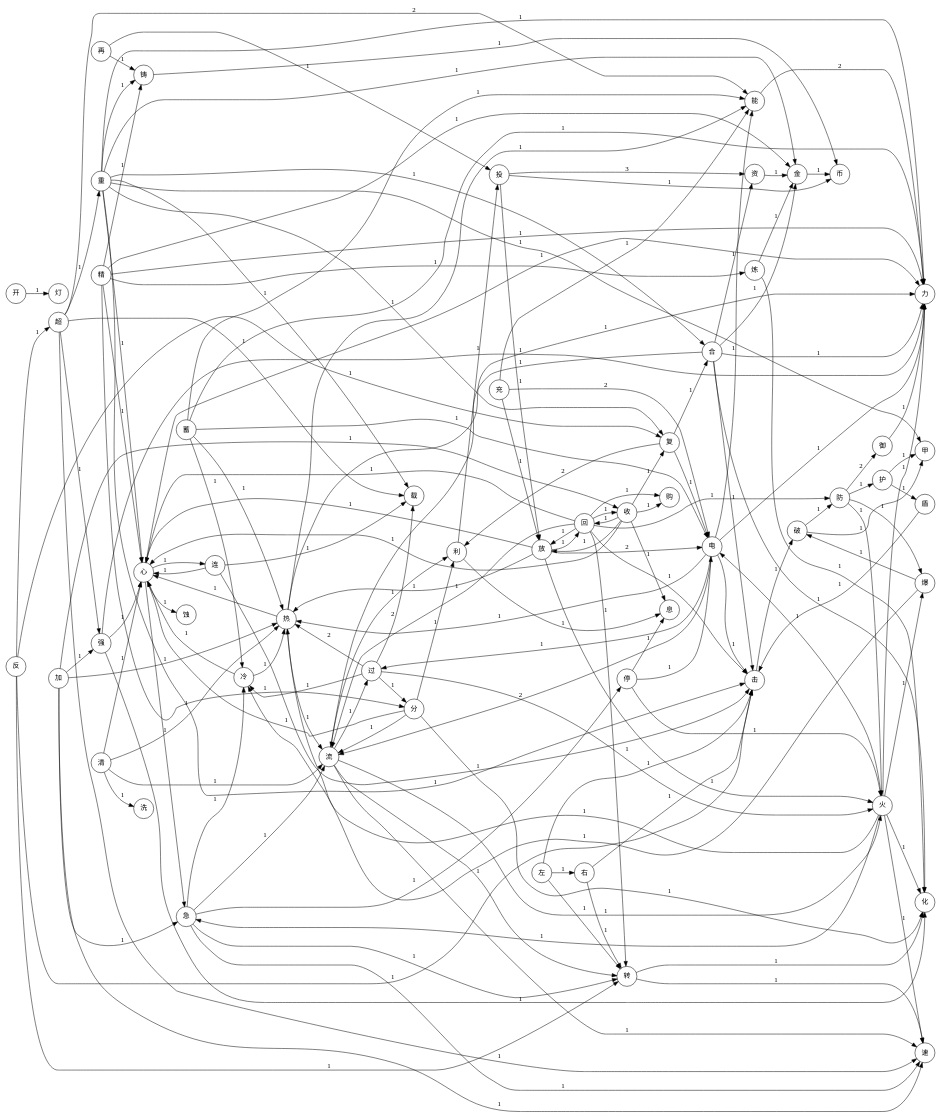
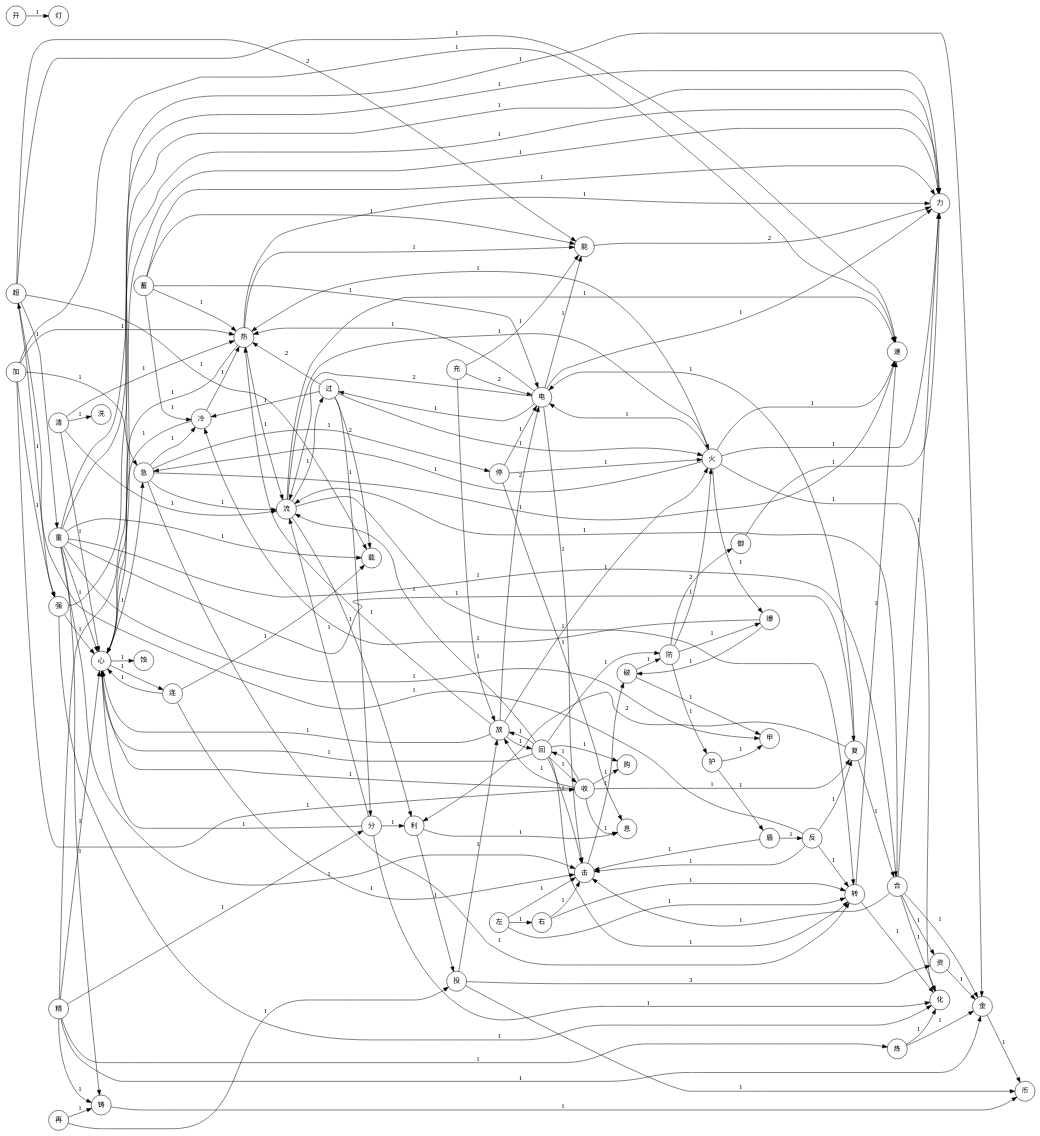
One commit to Doffin-azure/huoziluandou-contributions changed the diagram in docs/glyph_graph.dot. Above: the diagram before and after it, drawn with Graphviz. The commit also changed 176 other files, not shown here.

```diff
--- a/docs/glyph_graph.dot
+++ b/docs/glyph_graph.dot
@@ -6,6 +6,8 @@
   "重";
   "电";
   "热";
+  "盾";
+  "反";
   "放";
   "回";
   "心";
@@ -40,8 +42,6 @@
   "御";
   "护";
   "甲";
-  "盾";
-  "反";
   "破";
   "爆";
   "载";
@@ -61,6 +61,7 @@
   "电" -> "力" [label="1"];
   "电" -> "能" [label="1"];
   "电" -> "热" [label="1"];
+  "盾" -> "反" [label="1"];
   "放" -> "回" [label="1"];
   "放" -> "心" [label="1"];
   "分" -> "心" [label="1"];
```
